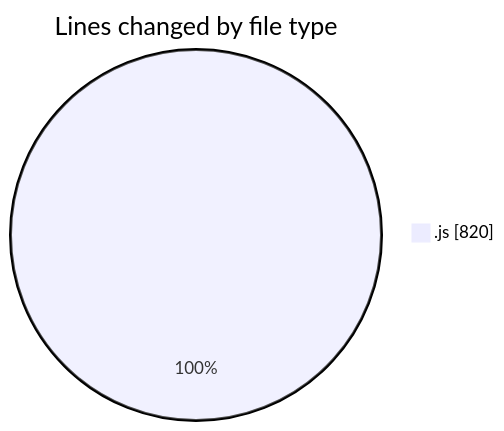
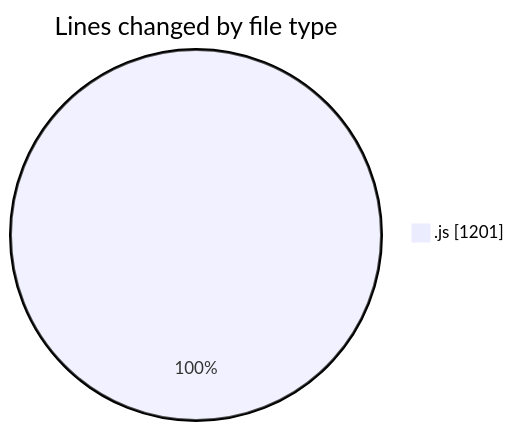
One commit to nxtqubesakshisongat/code-tracking changed the first of 2 diagrams in 2025-10-10/nxtqube_webapp/README.md. Above: the diagram before and after it, drawn with Mermaid. The commit also changed other lines of this file and 1 other file, not shown here.

````diff
--- a/2025-10-10/nxtqube_webapp/README.md
+++ b/2025-10-10/nxtqube_webapp/README.md
@@ -20,5 +20,5 @@
 ```mermaid
 pie showData
 title Lines changed by file type
-".js" : 820
+".js" : 1201
 ```
````
